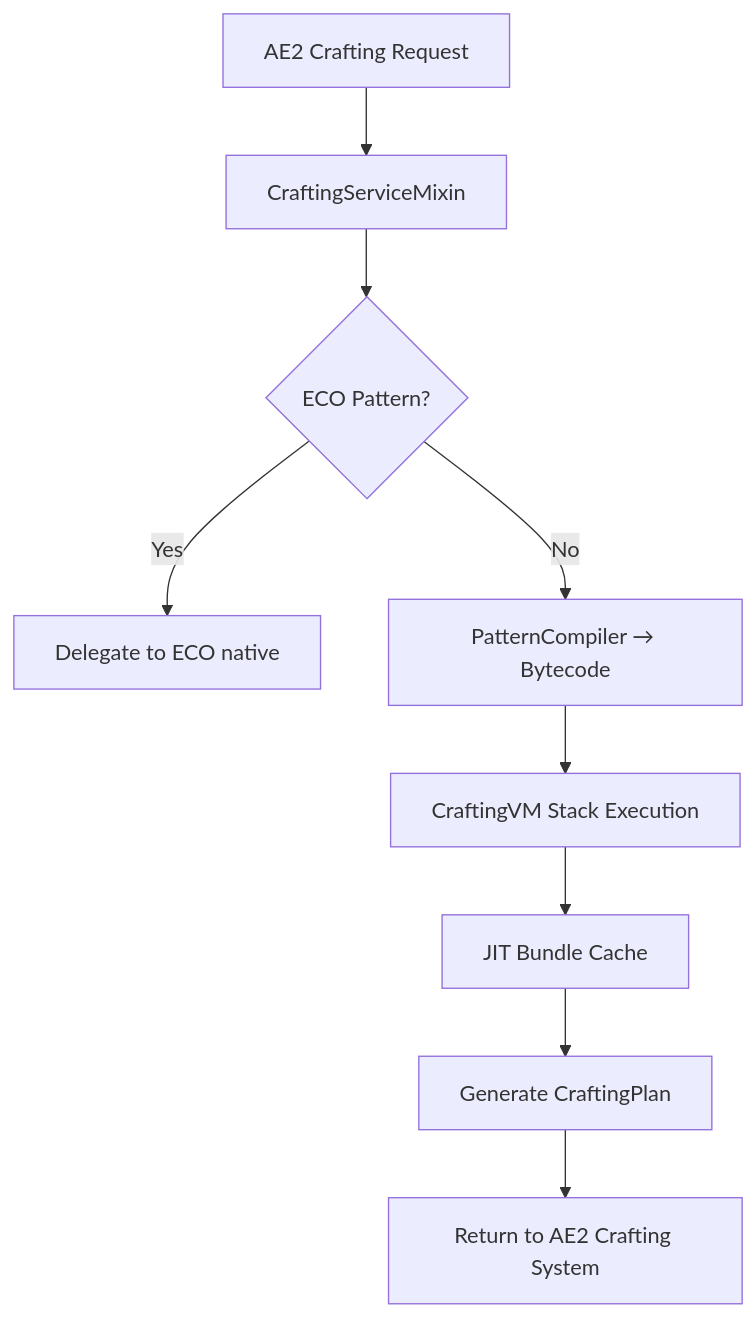
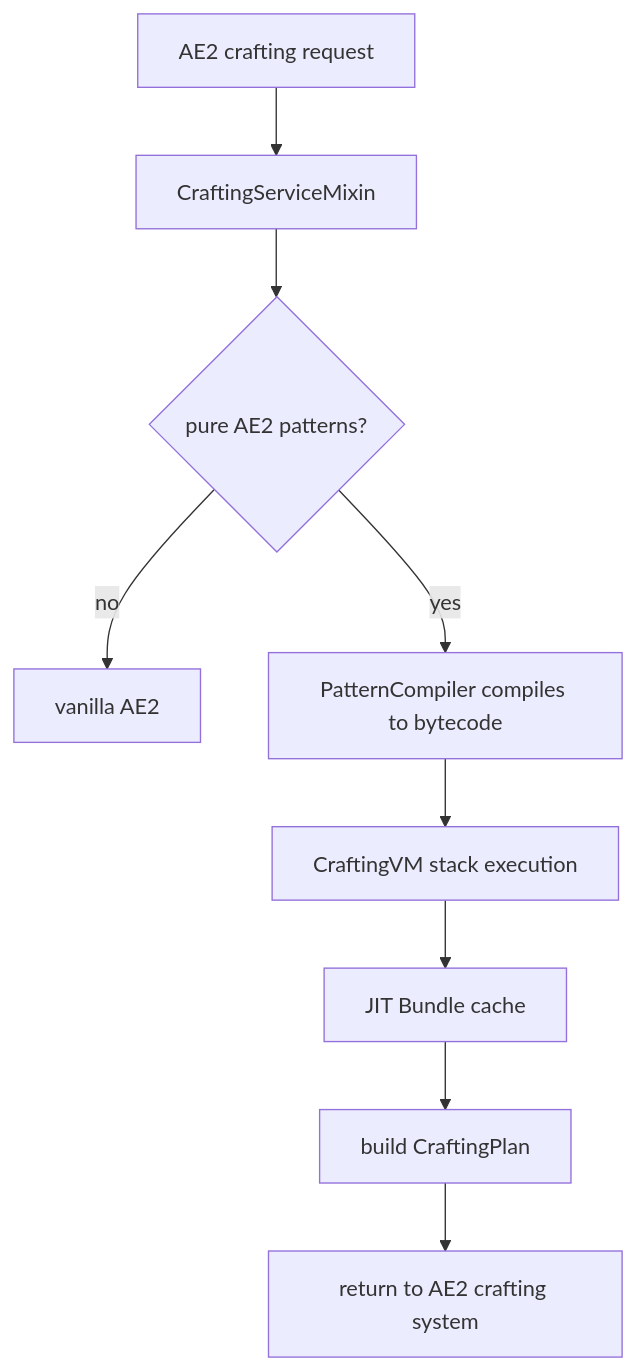
The diagram in README_en.md (TaoLe-si/AE2-VM), drawn with Mermaid before and after one commit. The commit also changed other lines of this file and 4 other files, not shown here.

Commit message:
v1.10.7: 重写 README/README_en（基于事实）+ 设置模组图标 ae2vm.png

````diff
--- a/README_en.md
+++ b/README_en.md
@@ -123,11 +80,11 @@
 ```mermaid
 flowchart TD
-    A[AE2 Crafting Request] --> B[CraftingServiceMixin]
-    B --> C{ECO Pattern?}
-    C -->|Yes| D[Delegate to ECO native]
-    C -->|No| E[PatternCompiler → Bytecode]
-    E --> F[CraftingVM Stack Execution]
-    F --> G[JIT Bundle Cache]
-    G --> H[Generate CraftingPlan]
-    H --> I[Return to AE2 Crafting System]
+    A[AE2 crafting request] --> B[CraftingServiceMixin]
+    B --> C{pure AE2 patterns?}
+    C -->|no| D[vanilla AE2]
+    C -->|yes| E[PatternCompiler compiles to bytecode]
+    E --> F[CraftingVM stack execution]
+    F --> G[JIT Bundle cache]
+    G --> H[build CraftingPlan]
+    H --> I[return to AE2 crafting system]
 ```
````
